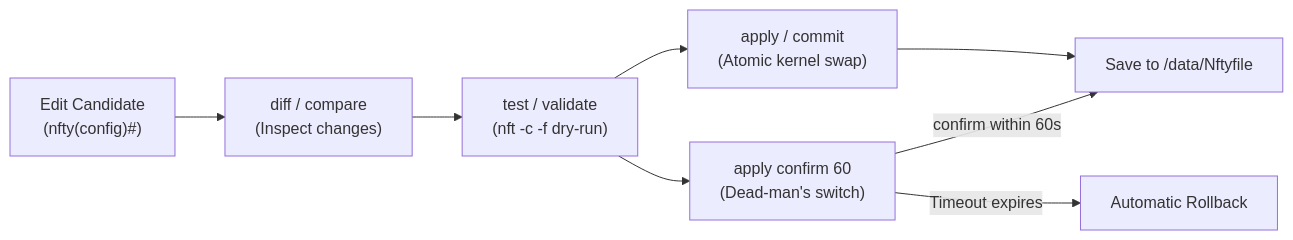
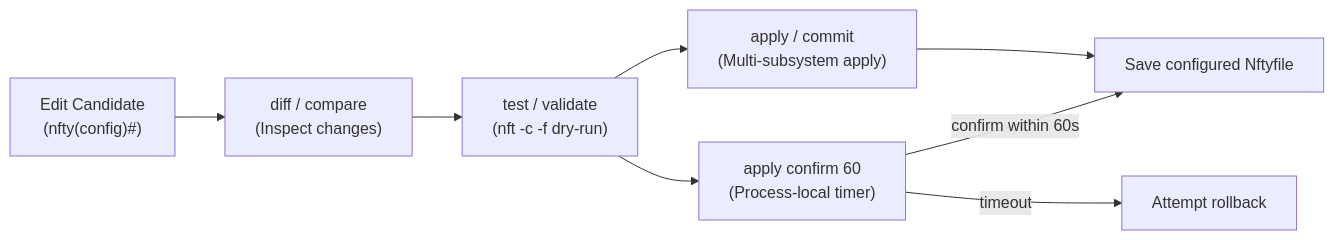
Before and after one commit to grsmith-projects/nfty: the second of 2 diagrams in docs/interactive-cli-and-tui.md, drawn with Mermaid. The commit also changed other lines of this file and 34 other files, not shown here.

````diff
--- a/docs/interactive-cli-and-tui.md
+++ b/docs/interactive-cli-and-tui.md
@@ -232,10 +231,10 @@
 ```mermaid
 flowchart LR
     Edit["Edit Candidate<br/>(nfty(config)#)"] --> Diff["diff / compare<br/>(Inspect changes)"]
     Diff --> Test["test / validate<br/>(nft -c -f dry-run)"]
-    Test --> Apply["apply / commit<br/>(Atomic kernel swap)"]
-    Test --> ApplyConfirm["apply confirm 60<br/>(Dead-man's switch)"]
-    ApplyConfirm -->|"confirm within 60s"| Saved["Save to /data/Nftyfile"]
-    ApplyConfirm -->|"Timeout expires"| AutoRollback["Automatic Rollback"]
+    Test --> Apply["apply / commit<br/>(Multi-subsystem apply)"]
+    Test --> ApplyConfirm["apply confirm 60<br/>(Process-local timer)"]
+    ApplyConfirm -->|"confirm within 60s"| Saved["Save configured Nftyfile"]
+    ApplyConfirm -->|"timeout"| AutoRollback["Attempt rollback"]
     Apply --> Saved
 ```
````
